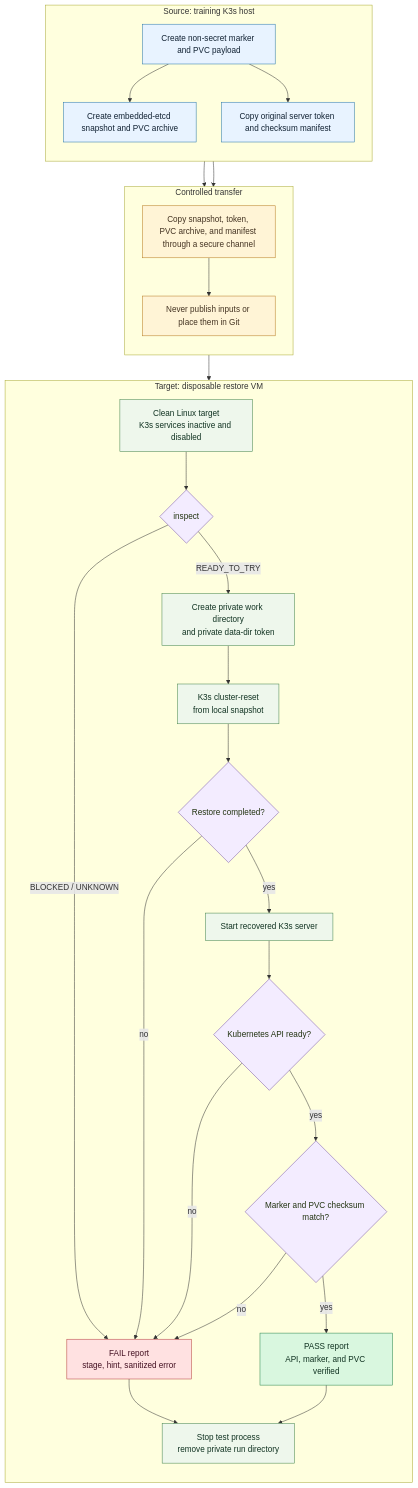
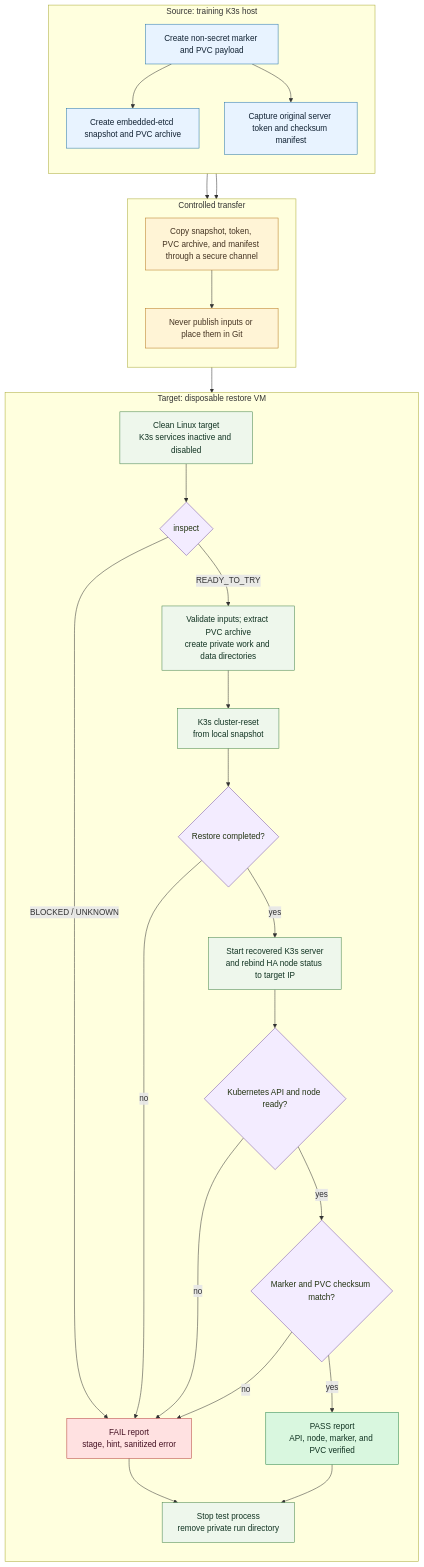
Before and after one commit to alternatif-omg/K3s-Restore-Drill: the diagram in README.md, drawn with Mermaid. The commit also changed other lines of this file, not shown here.

````diff
--- a/README.md
+++ b/README.md
@@ -38,64 +44,64 @@
 ```mermaid
 flowchart TB
     subgraph Source["Source: training K3s host"]
         direction TB
         S1["Create non-secret marker and PVC payload"]
         S2["Create embedded-etcd snapshot and PVC archive"]
-        S3["Copy original server token and checksum manifest"]
+        S3["Capture original server token and checksum manifest"]
         S1 --> S2
         S1 --> S3
     end
 
     subgraph Transfer["Controlled transfer"]
         direction TB
         X1["Copy snapshot, token, PVC archive, and manifest through a secure channel"]
         X2["Never publish inputs or place them in Git"]
         X1 --> X2
     end
 
     subgraph Target["Target: disposable restore VM"]
         direction TB
         T1["Clean Linux target<br/>K3s services inactive and disabled"]
         T2{"inspect"}
-        T3["Create private work directory<br/>and private data-dir token"]
+        T3["Validate inputs; extract PVC archive<br/>create private work and data directories"]
         T4["K3s cluster-reset<br/>from local snapshot"]
         T5{"Restore completed?"}
-        T6["Start recovered K3s server"]
-        T7{"Kubernetes API ready?"}
+        T6["Start recovered K3s server<br/>and rebind HA node status to target IP"]
+        T7{"Kubernetes API and node ready?"}
         T8{"Marker and PVC checksum match?"}
-        T9["PASS report<br/>API, marker, and PVC verified"]
+        T9["PASS report<br/>API, node, marker, and PVC verified"]
         F1["FAIL report<br/>stage, hint, sanitized error"]
         C1["Stop test process<br/>remove private run directory"]
 
         T1 --> T2
         T2 -- "BLOCKED / UNKNOWN" --> F1
         T2 -- "READY_TO_TRY" --> T3
         T3 --> T4 --> T5
         T5 -- "no" --> F1
         T5 -- "yes" --> T6 --> T7
         T7 -- "no" --> F1
         T7 -- "yes" --> T8
         T8 -- "no" --> F1
         T8 -- "yes" --> T9
         T9 --> C1
         F1 --> C1
     end
 
     S2 --> X1
     S3 --> X1
     X2 --> T1
 
     classDef source fill:#e8f3ff,stroke:#2574a9,color:#123;
     classDef transfer fill:#fff4d6,stroke:#b7791f,color:#432;
     classDef action fill:#eef7ec,stroke:#43834a,color:#132;
     classDef decision fill:#f3ecff,stroke:#7754a8,color:#231;
     classDef pass fill:#d9f7df,stroke:#27834a,color:#132;
     classDef fail fill:#ffe1e1,stroke:#b53b3b,color:#412;
 
     class S1,S2,S3 source;
     class X1,X2 transfer;
     class T1,T3,T4,T6,C1 action;
     class T2,T5,T7,T8 decision;
     class T9 pass;
     class F1 fail;
 ```
````
